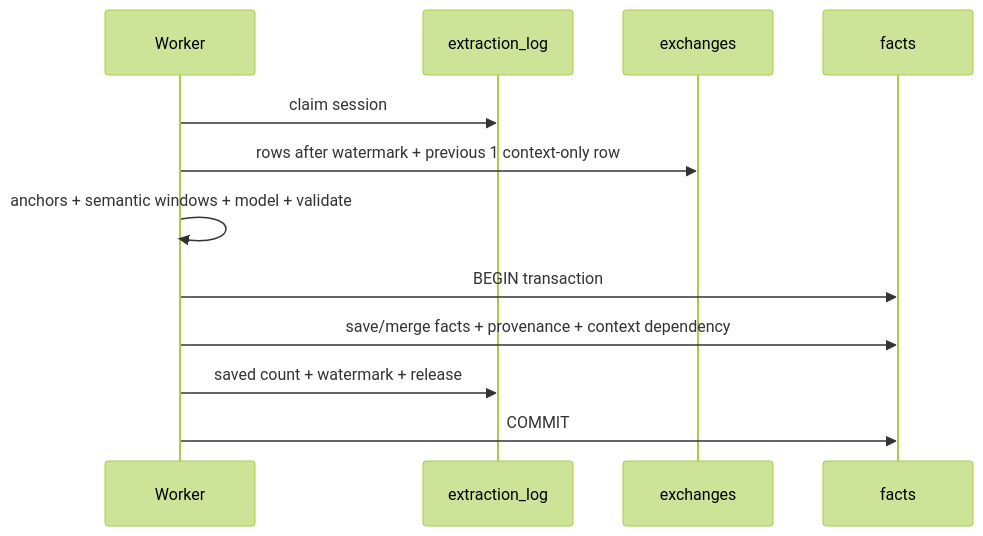
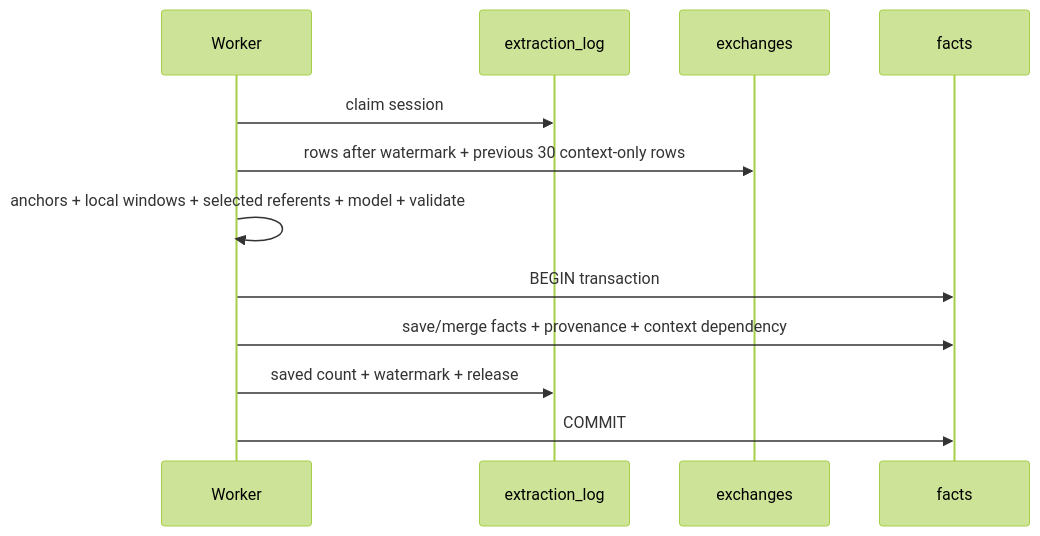
One commit to BongSuCHOI/memex changed the diagram in docs/FACT-LIFECYCLE.md. Above: the diagram before and after it, drawn with Mermaid (forest theme). The commit also changed other lines of this file and 23 other files, not shown here.

````diff
--- a/docs/FACT-LIFECYCLE.md
+++ b/docs/FACT-LIFECYCLE.md
@@ -168,15 +172,15 @@
 ```mermaid
 sequenceDiagram
     participant W as Worker
     participant L as extraction_log
     participant E as exchanges
     participant F as facts
 
     W->>L: claim session
-    W->>E: rows after watermark + previous 1 context-only row
-    W->>W: anchors + semantic windows + model + validate
+    W->>E: rows after watermark + previous 30 context-only rows
+    W->>W: anchors + local windows + selected referents + model + validate
     W->>F: BEGIN transaction
     W->>F: save/merge facts + provenance + context dependency
     W->>L: saved count + watermark + release
     W->>F: COMMIT
 ```
````
